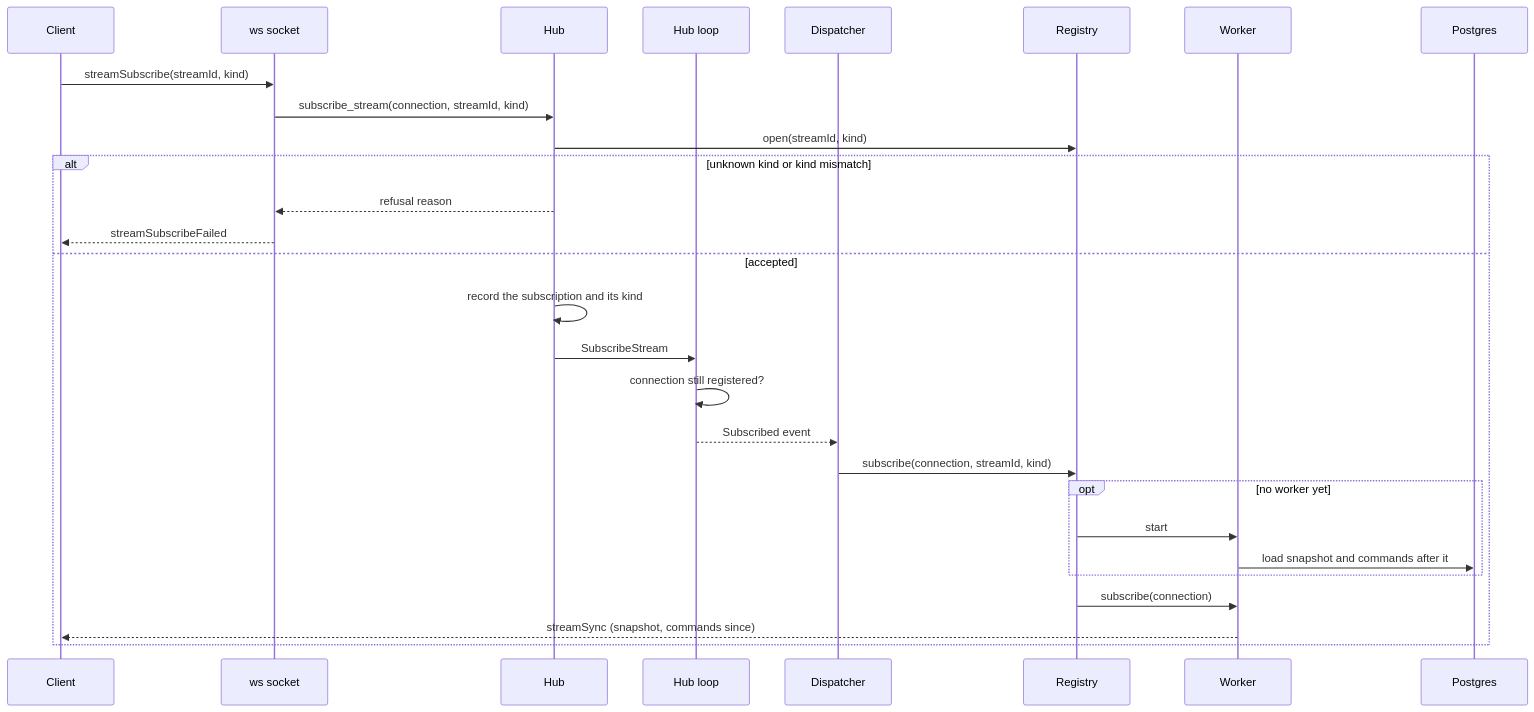
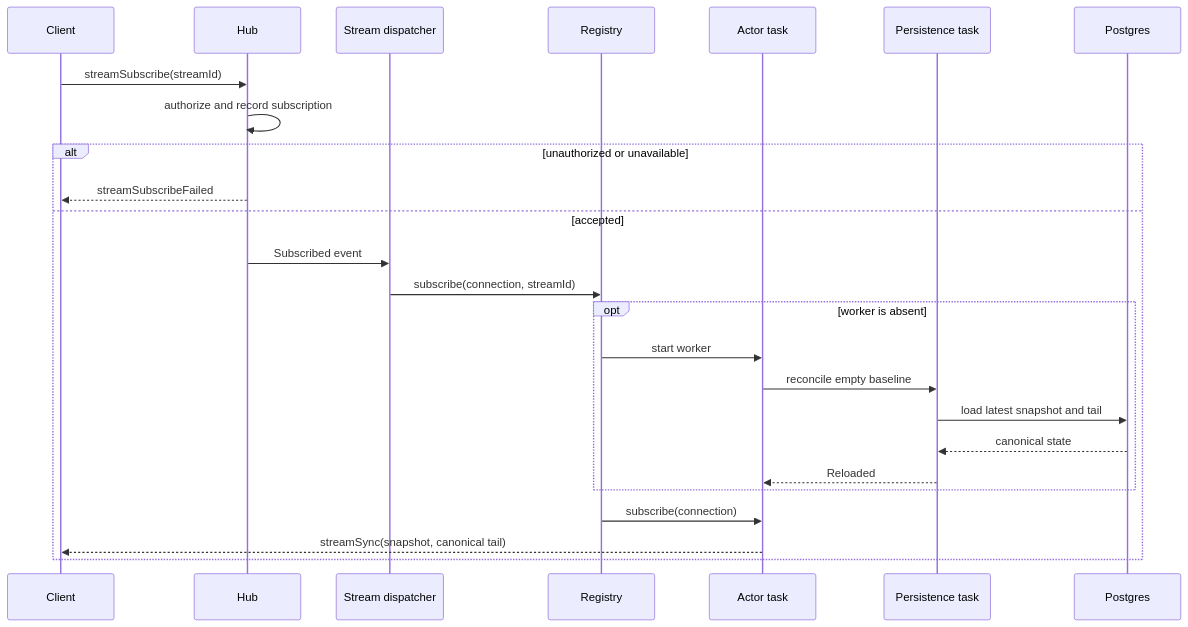
Before and after one commit to gzp79/shine-services: the second of 5 diagrams in docs/services/builder/hub.md, drawn with Mermaid. The commit also changed other lines of this file and 21 other files, not shown here.

````diff
--- a/docs/services/builder/hub.md
+++ b/docs/services/builder/hub.md
@@ -50,31 +54,28 @@
 ```mermaid
 sequenceDiagram
     participant C as Client
-    participant S as ws socket
     participant H as Hub
-    participant L as Hub loop
-    participant D as Dispatcher
+    participant D as Stream dispatcher
     participant R as Registry
-    participant W as Worker
-    participant P as Postgres
+    participant A as Actor task
+    participant P as Persistence task
+    participant L as Postgres
 
-    C->>S: streamSubscribe(streamId, kind)
-    S->>H: subscribe_stream(connection, streamId, kind)
-    H->>R: open(streamId, kind)
-    alt unknown kind or kind mismatch
-        H-->>S: refusal reason
-        S-->>C: streamSubscribeFailed
+    C->>H: streamSubscribe(streamId)
+    H->>H: authorize and record subscription
+    alt unauthorized or unavailable
+        H-->>C: streamSubscribeFailed
     else accepted
-        H->>H: record the subscription and its kind
-        H->>L: SubscribeStream
-        L->>L: connection still registered?
-        L-->>D: Subscribed event
-        D->>R: subscribe(connection, streamId, kind)
-        opt no worker yet
-            R->>W: start
-            W->>P: load snapshot and commands after it
+        H->>D: Subscribed event
+        D->>R: subscribe(connection, streamId)
+        opt worker is absent
+            R->>A: start worker
+            A->>P: reconcile empty baseline
+            P->>L: load latest snapshot and tail
+            L-->>P: canonical state
+            P-->>A: Reloaded
         end
-        R->>W: subscribe(connection)
-        W-->>C: streamSync (snapshot, commands since)
+        R->>A: subscribe(connection)
+        A-->>C: streamSync(snapshot, canonical tail)
     end
 ```
````
